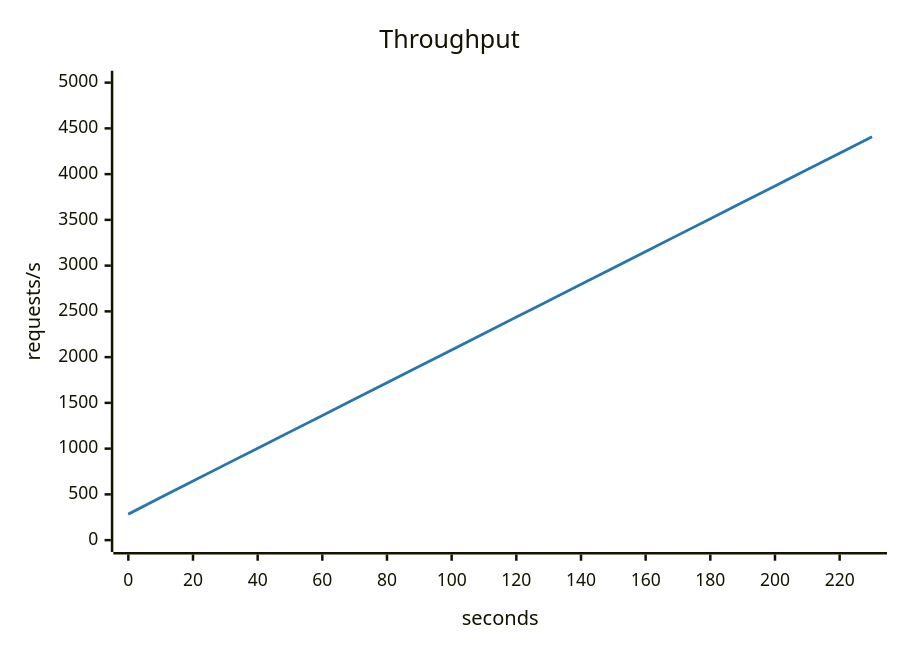
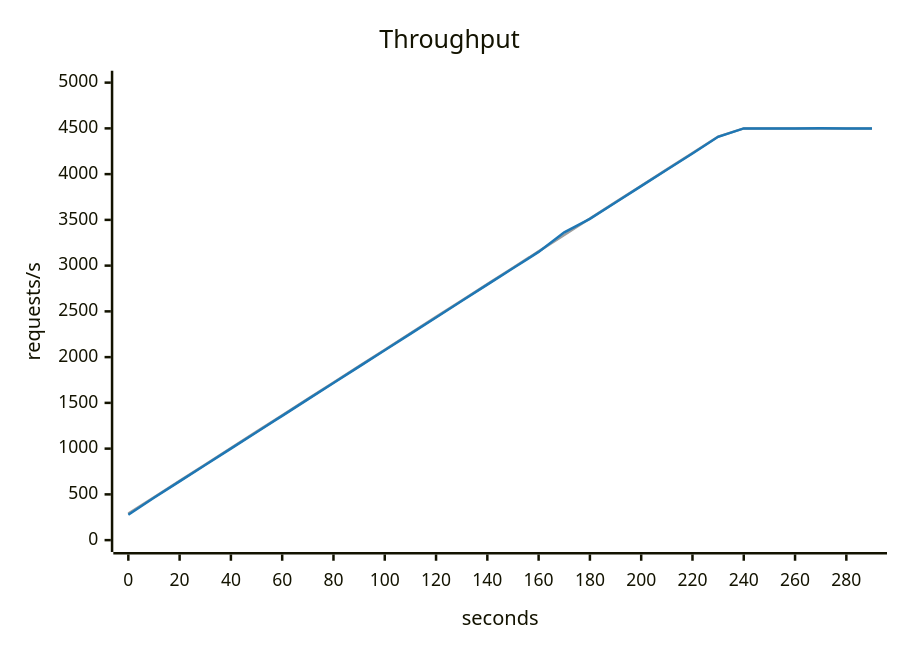
The second of 5 diagrams in scenarios/live-vote/solutions/redis-tally/report.md (akinfemi/load-lore), drawn with Mermaid before and after one commit. The commit also changed other lines of this file and 8 other files, not shown here.

````diff
--- a/scenarios/live-vote/solutions/redis-tally/report.md
+++ b/scenarios/live-vote/solutions/redis-tally/report.md
@@ -39,15 +39,15 @@
 ```mermaid
 ---
 config:
   themeVariables:
     xyChart:
       backgroundColor: "transparent"
       plotColorPalette: "#9e9e9e, #1f77b4"
 ---
 xychart-beta
     title "Throughput"
-    x-axis "seconds" 0 --> 230
+    x-axis "seconds" 0 --> 290
     y-axis "requests/s" 0 --> 5000
-    line [289.583, 468.75, 647.917, 827.083, 1006.25, 1185.417, 1364.583, 1543.75, 1722.917, 1902.083, 2081.25, 2260.417, 2439.583, 2618.75, 2797.917, 2977.083, 3156.25, 3335.417, 3514.583, 3693.75, 3872.917, 4052.083, 4231.25, 4410.417]
-    line [282.229, 464.928, 644.224, 823.662, 1002.397, 1181.704, 1361.004, 1540.194, 1719.317, 1898.34, 2077.716, 2256.754, 2435.958, 2615.093, 2794.518, 2973.335, 3152.371, 3331.984, 3510.612, 3690.409, 3869.304, 4048.466, 4227.299, 4407.07]
+    line [289.583, 468.75, 647.917, 827.083, 1006.25, 1185.417, 1364.583, 1543.75, 1722.917, 1902.083, 2081.25, 2260.417, 2439.583, 2618.75, 2797.917, 2977.083, 3156.25, 3335.417, 3514.583, 3693.75, 3872.917, 4052.083, 4231.25, 4410.417, 4500, 4500, 4500, 4500, 4500, 4500]
+    line [276.832, 462.743, 641.767, 821.026, 1000.186, 1179.276, 1358.479, 1537.791, 1716.753, 1896.177, 2074.966, 2254.299, 2433.559, 2612.642, 2791.857, 2971.049, 3150.121, 3364.019, 3510.503, 3689.321, 3868.776, 4047.453, 4225.668, 4407.825, 4500.004, 4499.998, 4499.818, 4500.405, 4499.687, 4499.901]
 ```
````
